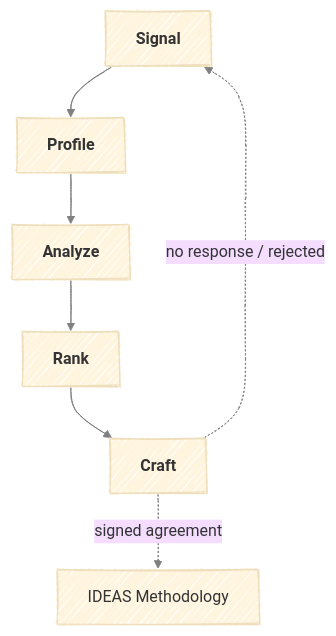
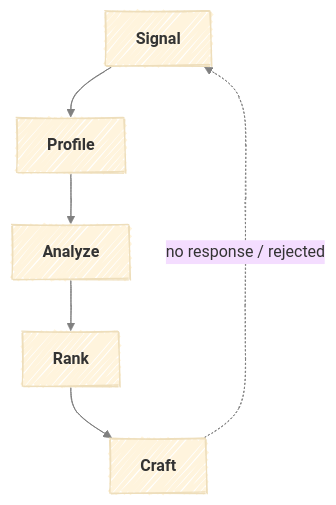
The diagram in methodology/sparc/methodology.md (athrael-soju/framework-generator), drawn with Mermaid before and after one commit. The commit also changed other lines of this file and 21 other files, not shown here.

First line of the commit message:
Refactor PRAXIS framework: streamline IDEAS methodology, remove redundant components, and enhance SPARC integration

````diff
--- a/methodology/sparc/methodology.md
+++ b/methodology/sparc/methodology.md
@@ -5,17 +5,16 @@
 ```mermaid
 ---
 config:
   layout: dagre
   look: handDrawn
   theme: base
   themeVariables:
     lineColor: gray
 ---
 flowchart TB
     S["<b>Signal</b>"] --> P["<b>Profile</b>"]
     P --> A["<b>Analyze</b>"]
     A --> R["<b>Rank</b>"]
     R --> C["<b>Craft</b>"]
-    C -.-> |signed agreement| IDEAS["IDEAS Methodology"]
     C -.-> |no response / rejected| S
 ```
````
